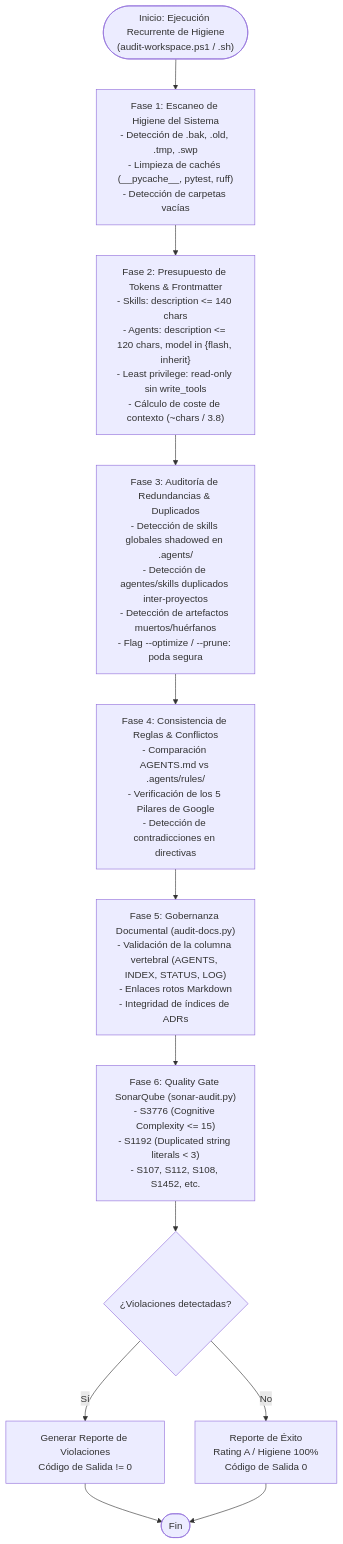
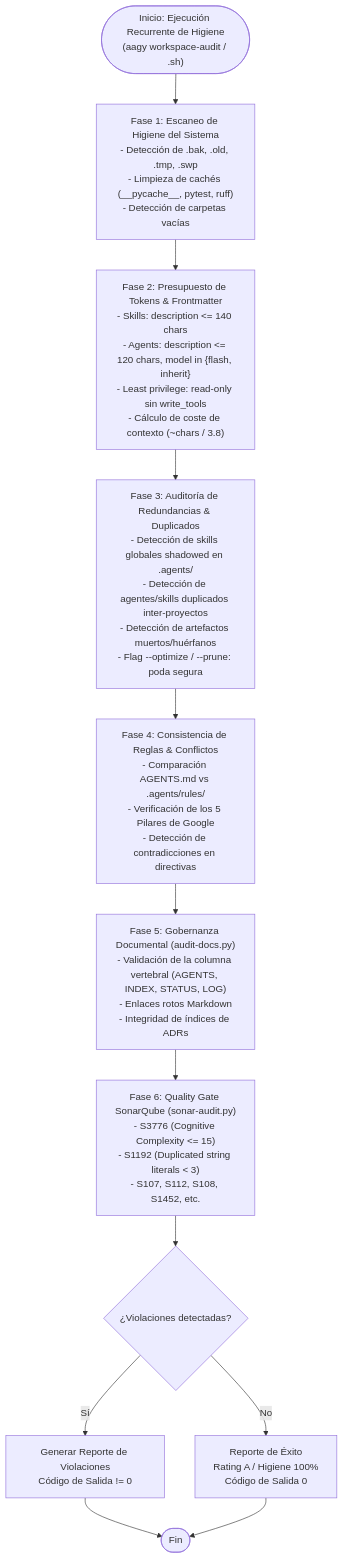
The diagram in doc/03-domain-and-flows/dgrms/DGRM_aagy_workspace_hygiene_and_optimization_pipeline.mmd (ACB75/aagy), drawn with Mermaid before and after one commit. The commit also changed 148 other files, not shown here.

```diff
--- a/doc/03-domain-and-flows/dgrms/DGRM_aagy_workspace_hygiene_and_optimization_pipeline.mmd
+++ b/doc/03-domain-and-flows/dgrms/DGRM_aagy_workspace_hygiene_and_optimization_pipeline.mmd
@@ -1,19 +1,19 @@
 flowchart TD
-    Start(["Inicio: Ejecución Recurrente de Higiene\n(audit-workspace.ps1 / .sh)"]) --> P1["Fase 1: Escaneo de Higiene del Sistema\n- Detección de .bak, .old, .tmp, .swp\n- Limpieza de cachés (__pycache__, pytest, ruff)\n- Detección de carpetas vacías"]
+    Start(["Inicio: Ejecución Recurrente de Higiene\n(aagy workspace-audit / .sh)"]) --> P1["Fase 1: Escaneo de Higiene del Sistema\n- Detección de .bak, .old, .tmp, .swp\n- Limpieza de cachés (__pycache__, pytest, ruff)\n- Detección de carpetas vacías"]
 
     P1 --> P2["Fase 2: Presupuesto de Tokens & Frontmatter\n- Skills: description <= 140 chars\n- Agents: description <= 120 chars, model in {flash, inherit}\n- Least privilege: read-only sin write_tools\n- Cálculo de coste de contexto (~chars / 3.8)"]
 
     P2 --> P3["Fase 3: Auditoría de Redundancias & Duplicados\n- Detección de skills globales shadowed en .agents/\n- Detección de agentes/skills duplicados inter-proyectos\n- Detección de artefactos muertos/huérfanos\n- Flag --optimize / --prune: poda segura"]
 
     P3 --> P4["Fase 4: Consistencia de Reglas & Conflictos\n- Comparación AGENTS.md vs .agents/rules/\n- Verificación de los 5 Pilares de Google\n- Detección de contradicciones en directivas"]
 
     P4 --> P5["Fase 5: Gobernanza Documental (audit-docs.py)\n- Validación de la columna vertebral (AGENTS, INDEX, STATUS, LOG)\n- Enlaces rotos Markdown\n- Integridad de índices de ADRs"]
 
     P5 --> P6["Fase 6: Quality Gate SonarQube (sonar-audit.py)\n- S3776 (Cognitive Complexity <= 15)\n- S1192 (Duplicated string literals < 3)\n- S107, S112, S108, S1452, etc."]
 
     P6 --> DecCheck{"¿Violaciones detectadas?"}
     DecCheck -- Sí --> FailReport["Generar Reporte de Violaciones\nCódigo de Salida != 0"]
     DecCheck -- No --> PassReport["Reporte de Éxito\nRating A / Higiene 100%\nCódigo de Salida 0"]
 
     FailReport --> End(["Fin"])
     PassReport --> End
```
